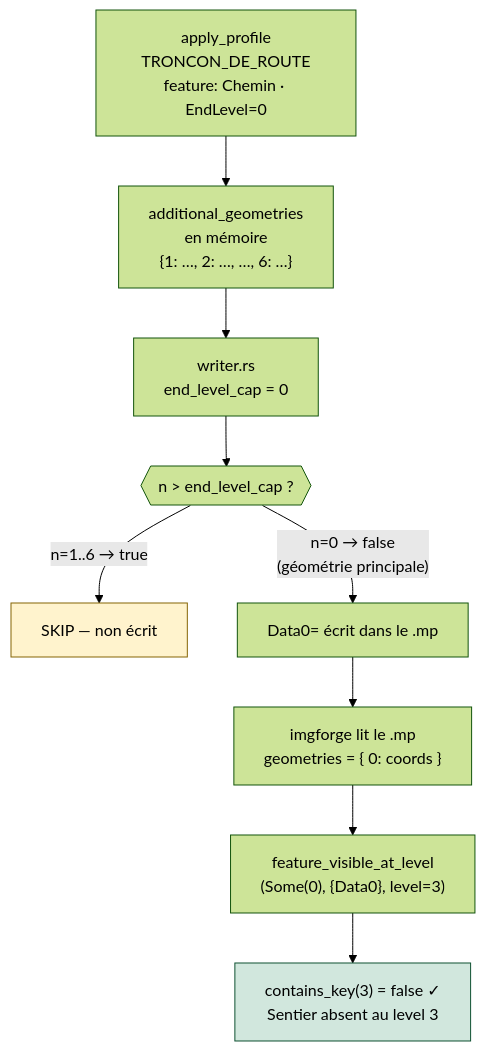
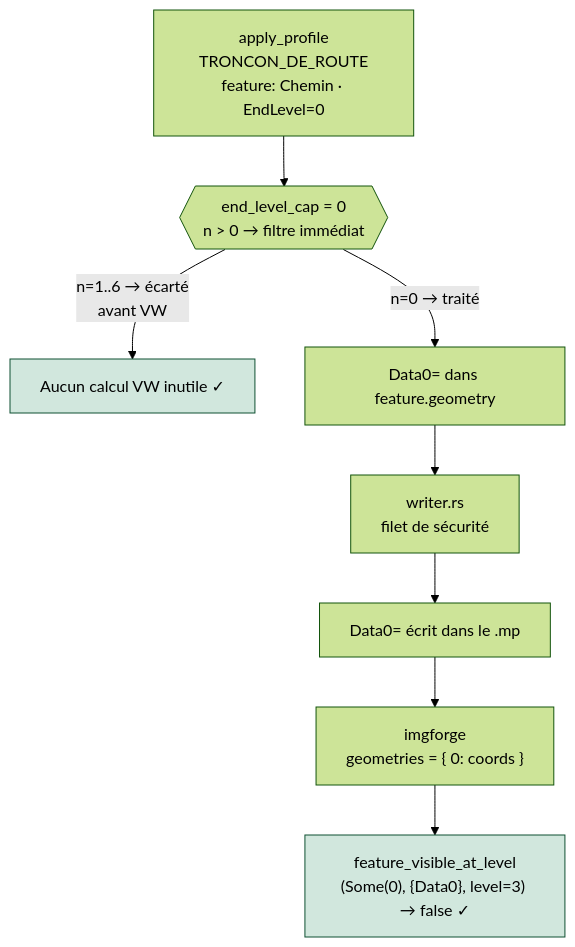
One commit to allfab/garmin-img-forge changed the third of 4 diagrams in site/docs/reference/generalize-profiles.md. Above: the diagram before and after it, drawn with Mermaid (forest theme). The commit also changed other lines of this file, not shown here.

First line of the commit message:
docs(site): paradoxe profils/EndLevel=0 — documenter le double garde-fou

````diff
--- a/site/docs/reference/generalize-profiles.md
+++ b/site/docs/reference/generalize-profiles.md
@@ -318,18 +333,17 @@
 ```mermaid
 flowchart TD
     A["apply_profile\nTRONCON_DE_ROUTE\nfeature: Chemin · EndLevel=0"]
-    A --> B["additional_geometries\nen mémoire\n{1: …, 2: …, …, 6: …}"]
+    A --> B{{"end_level_cap = 0\nn > 0 → filtre immédiat"}}
 
-    B --> C["writer.rs\nend_level_cap = 0"]
-    C --> D{{"n > end_level_cap ?"}}
+    B -->|"n=1..6 → écarté\navant VW"| C["Aucun calcul VW inutile ✓"]
+    B -->|"n=0 → traité"| D["Data0= dans feature.geometry"]
 
-    D -->|"n=1..6 → true"| E["SKIP — non écrit"]
-    D -->|"n=0 → false\n(géométrie principale)"| F["Data0= écrit dans le .mp"]
+    D --> E["writer.rs\nfilet de sécurité"]
+    E --> F["Data0= écrit dans le .mp"]
 
-    F --> G["imgforge lit le .mp\ngeometries = { 0: coords }"]
-    G --> H["feature_visible_at_level\n(Some(0), {Data0}, level=3)"]
-    H --> I["contains_key(3) = false ✓\nSentier absent au level 3"]
+    F --> G["imgforge\ngeometries = { 0: coords }"]
+    G --> H["feature_visible_at_level\n(Some(0), {Data0}, level=3) → false ✓"]
 
-    style E fill:#fff3cd,stroke:#856404
-    style I fill:#d1e7dd,stroke:#0f5132
+    style C fill:#d1e7dd,stroke:#0f5132
+    style H fill:#d1e7dd,stroke:#0f5132
 ```
````
